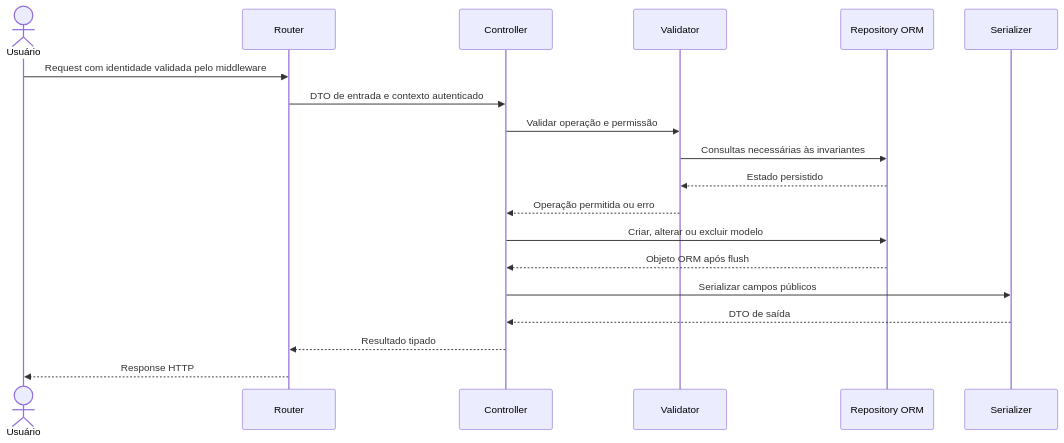
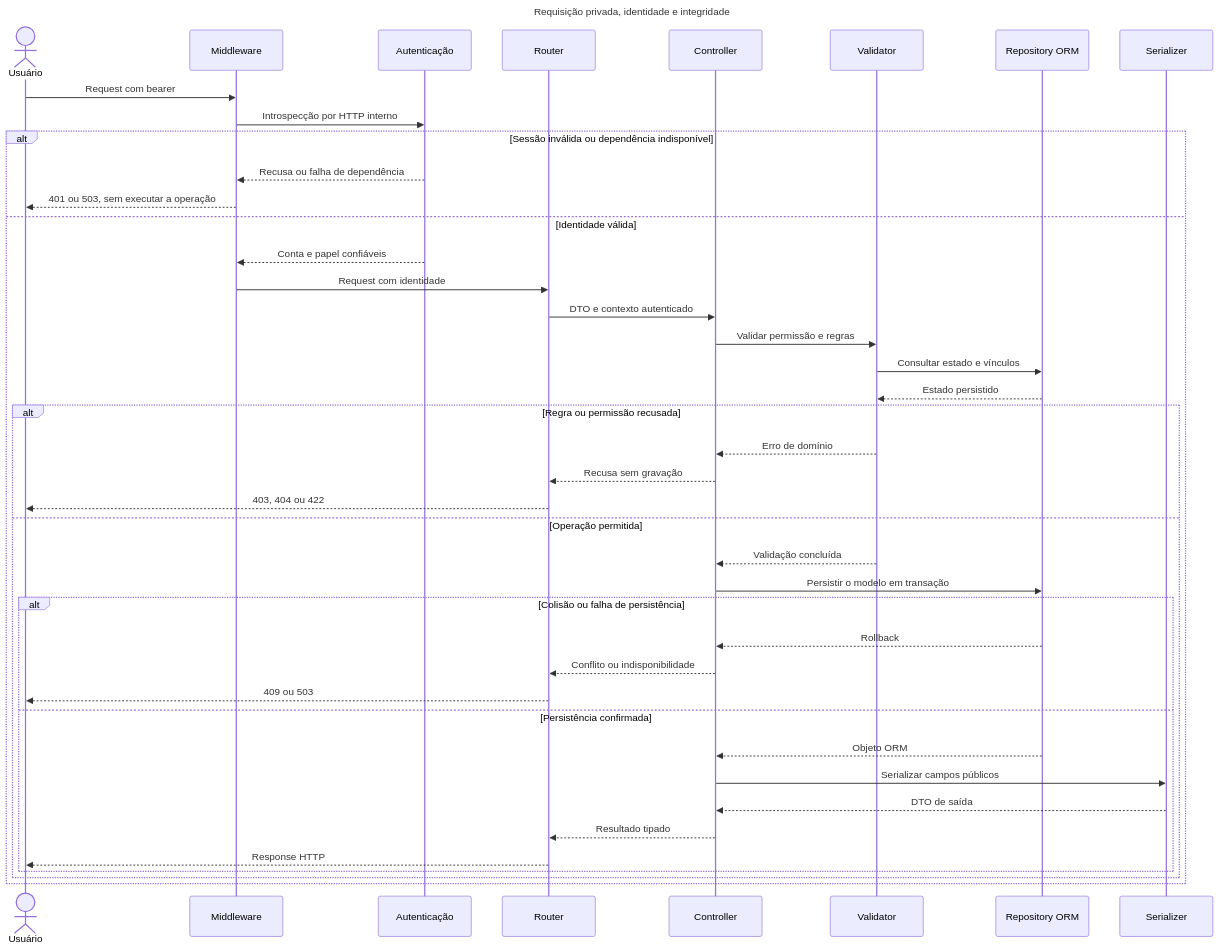
Before and after one commit to LucasBiason/mba-ia-desafio-criacao-agente: the diagram in docs/design/architecture.md, drawn with Mermaid. The commit also changed other lines of this file and 48 other files, not shown here.

```diff
--- a/docs/design/architecture.md
+++ b/docs/design/architecture.md
@@ -55,21 +38,46 @@
 ~~~mermaid
+---
+title: Requisição privada, identidade e integridade
+---
 sequenceDiagram
     actor U as Usuário
+    participant M as Middleware
+    participant A as Autenticação
     participant R as Router
     participant C as Controller
     participant V as Validator
     participant P as Repository ORM
     participant S as Serializer
-    U->>R: Request com identidade validada pelo middleware
-    R->>C: DTO de entrada e contexto autenticado
-    C->>V: Validar operação e permissão
-    V->>P: Consultas necessárias às invariantes
-    P-->>V: Estado persistido
-    V-->>C: Operação permitida ou erro
-    C->>P: Criar, alterar ou excluir modelo
-    P-->>C: Objeto ORM após flush
-    C->>S: Serializar campos públicos
-    S-->>C: DTO de saída
-    C-->>R: Resultado tipado
-    R-->>U: Response HTTP
+    U->>M: Request com bearer
+    M->>A: Introspecção por HTTP interno
+    alt Sessão inválida ou dependência indisponível
+        A-->>M: Recusa ou falha de dependência
+        M-->>U: 401 ou 503, sem executar a operação
+    else Identidade válida
+        A-->>M: Conta e papel confiáveis
+        M->>R: Request com identidade
+        R->>C: DTO e contexto autenticado
+        C->>V: Validar permissão e regras
+        V->>P: Consultar estado e vínculos
+        P-->>V: Estado persistido
+        alt Regra ou permissão recusada
+            V-->>C: Erro de domínio
+            C-->>R: Recusa sem gravação
+            R-->>U: 403, 404 ou 422
+        else Operação permitida
+            V-->>C: Validação concluída
+            C->>P: Persistir o modelo em transação
+            alt Colisão ou falha de persistência
+                P-->>C: Rollback
+                C-->>R: Conflito ou indisponibilidade
+                R-->>U: 409 ou 503
+            else Persistência confirmada
+                P-->>C: Objeto ORM
+                C->>S: Serializar campos públicos
+                S-->>C: DTO de saída
+                C-->>R: Resultado tipado
+                R-->>U: Response HTTP
+            end
+        end
+    end
 ~~~
```
